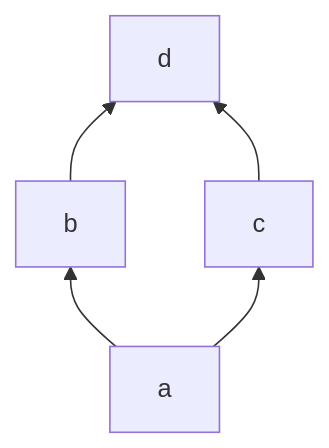
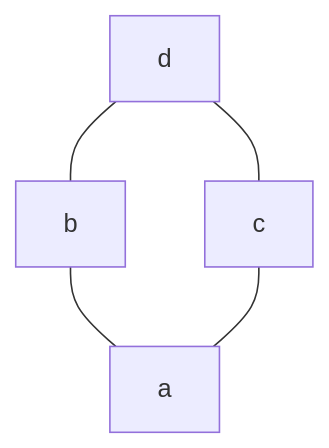
Before and after one commit to RuthSame/mathematical-logic: the diagram in 集合论.md, drawn with Mermaid. The commit also changed other lines of this file, not shown here.

````diff
--- a/集合论.md
+++ b/集合论.md
@@ -1410,7 +1430,7 @@
 ```mermaid
 graph BT
-    a --> b
-    a --> c
-    b --> d
-    c --> d
+    a --- b
+    a --- c
+    b --- d
+    c --- d
 ```
````
